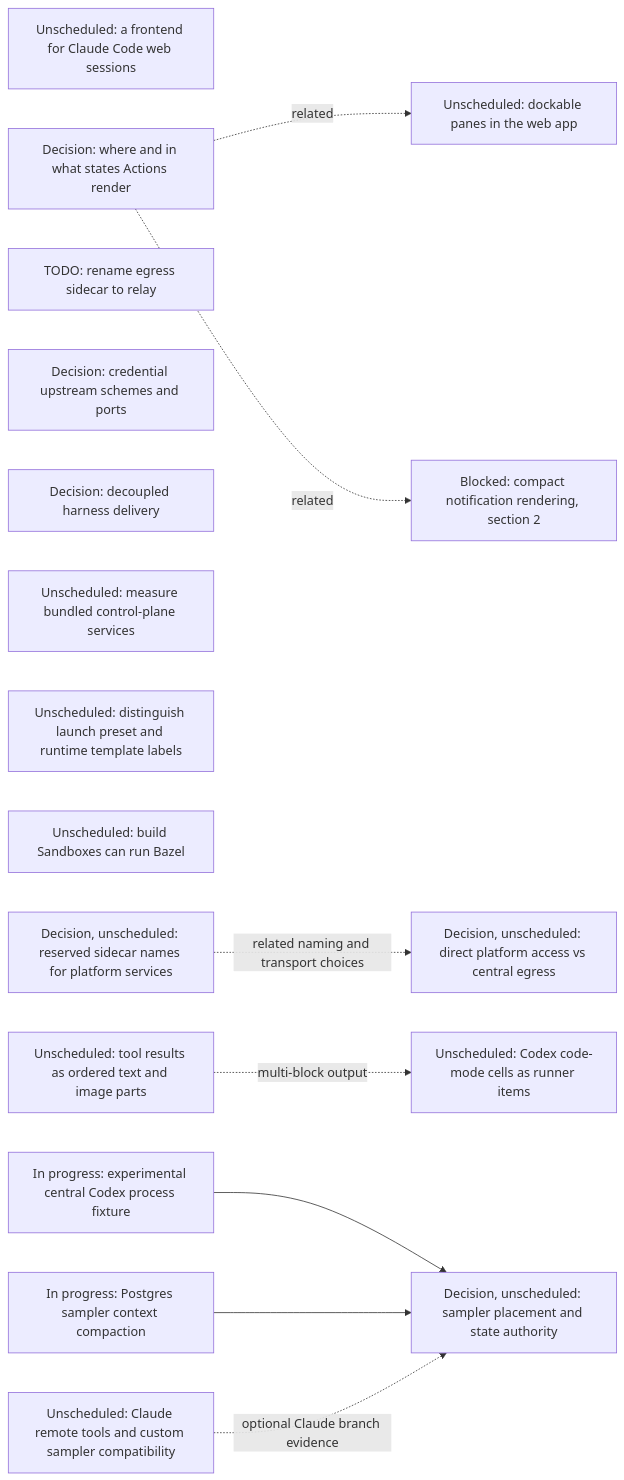
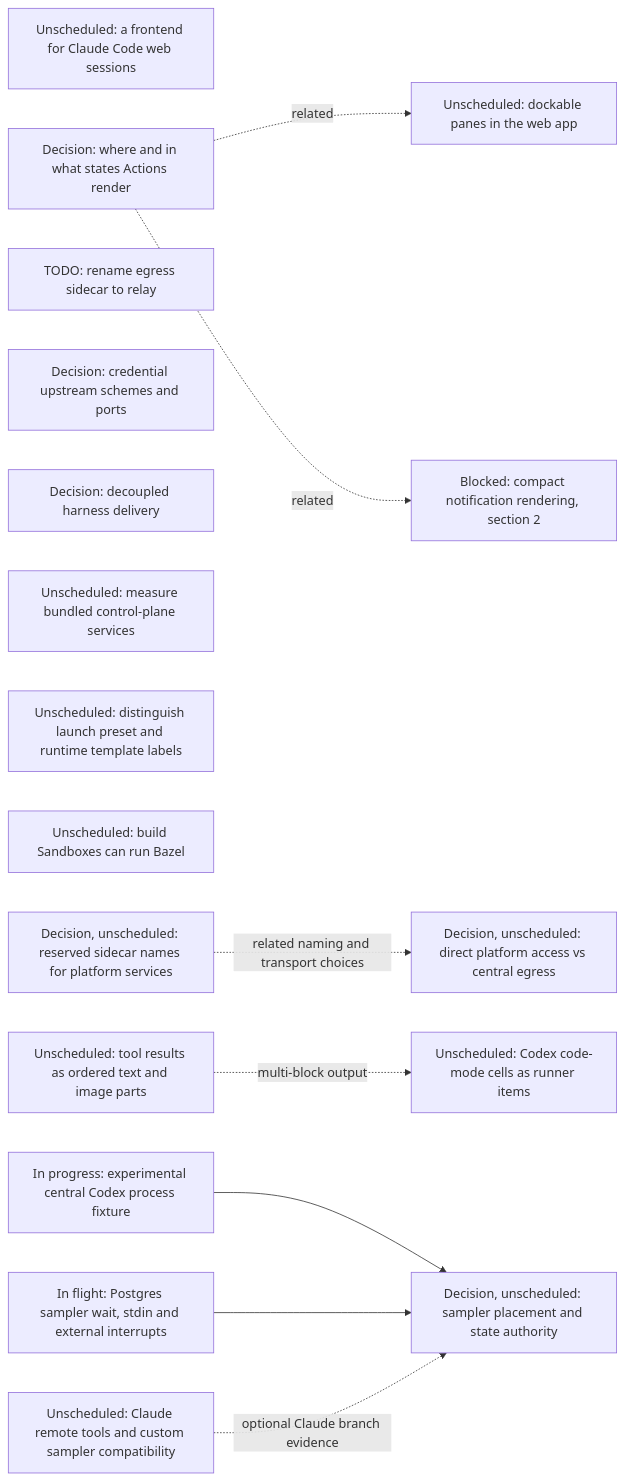
Before and after one commit to agentydragon-agent/ducktape: the eighth of 19 diagrams in agentplane/plans/task_dag.md, drawn with Mermaid. The commit also changed other lines of this file and 19 other files, not shown here.

Commit message:
feat(agentplane): add Postgres sampler process controls

````diff
--- a/agentplane/plans/task_dag.md
+++ b/agentplane/plans/task_dag.md
@@ -589,26 +589,26 @@
 ```mermaid
 flowchart LR
     CLAUDE_CODE_WEB_BRIDGE[Unscheduled: a frontend for Claude Code web sessions]
     ACTION_SURFACES_DESIGN[Decision: where and in what states Actions render]
     EGRESS_RELAY_RENAME[TODO: rename egress sidecar to relay]
     EGRESS_CREDENTIAL_TRANSPORT_DESIGN[Decision: credential upstream schemes and ports]
     RUNNER_HARNESS_DELIVERY_DESIGN[Decision: decoupled harness delivery]
     K3S_BUNDLED_SERVICES_SPIKE[Unscheduled: measure bundled control-plane services]
     DOCKABLE_PANES[Unscheduled: dockable panes in the web app]
     ACTION_SURFACES_DESIGN -. related .-> DOCKABLE_PANES
     NOTIFICATION_PRESENTATION[Blocked: compact notification rendering, section 2]
     ACTION_SURFACES_DESIGN -. related .-> NOTIFICATION_PRESENTATION
     SANDBOX_FORM_TERMINOLOGY[Unscheduled: distinguish launch preset and runtime template labels]
     BUILD_BOX_BAZEL[Unscheduled: build Sandboxes can run Bazel]
     PLATFORM_SERVICE_NAMES_DESIGN[Decision, unscheduled: reserved sidecar names for platform services]
     PLATFORM_SERVICE_ROUTING_DESIGN[Decision, unscheduled: direct platform access vs central egress]
     PLATFORM_SERVICE_NAMES_DESIGN -. related naming and transport choices .-> PLATFORM_SERVICE_ROUTING_DESIGN
     STRUCTURED_TOOL_OUTPUT[Unscheduled: tool results as ordered text and image parts]
     STRUCTURED_TOOL_OUTPUT -. multi-block output .-> CODEX_CODE_MODE_CELLS[Unscheduled: Codex code-mode cells as runner items]
     CENTRAL_CODEX_SPIKE[In progress: experimental central Codex process fixture]
     CENTRAL_CODEX_SPIKE --> HARNESS_PLACEMENT_DESIGN[Decision, unscheduled: sampler placement and state authority]
-    POSTGRES_SAMPLER_COMPACTION[In progress: Postgres sampler context compaction]
-    POSTGRES_SAMPLER_COMPACTION --> HARNESS_PLACEMENT_DESIGN
+    POSTGRES_HARNESS_CONTROLS[In flight: Postgres sampler wait, stdin and external interrupts]
+    POSTGRES_HARNESS_CONTROLS --> HARNESS_PLACEMENT_DESIGN
     CLAUDE_REMOTE_EXECUTION_SPIKE[Unscheduled: Claude remote tools and custom sampler compatibility]
     CLAUDE_REMOTE_EXECUTION_SPIKE -. optional Claude branch evidence .-> HARNESS_PLACEMENT_DESIGN
 ```
````
